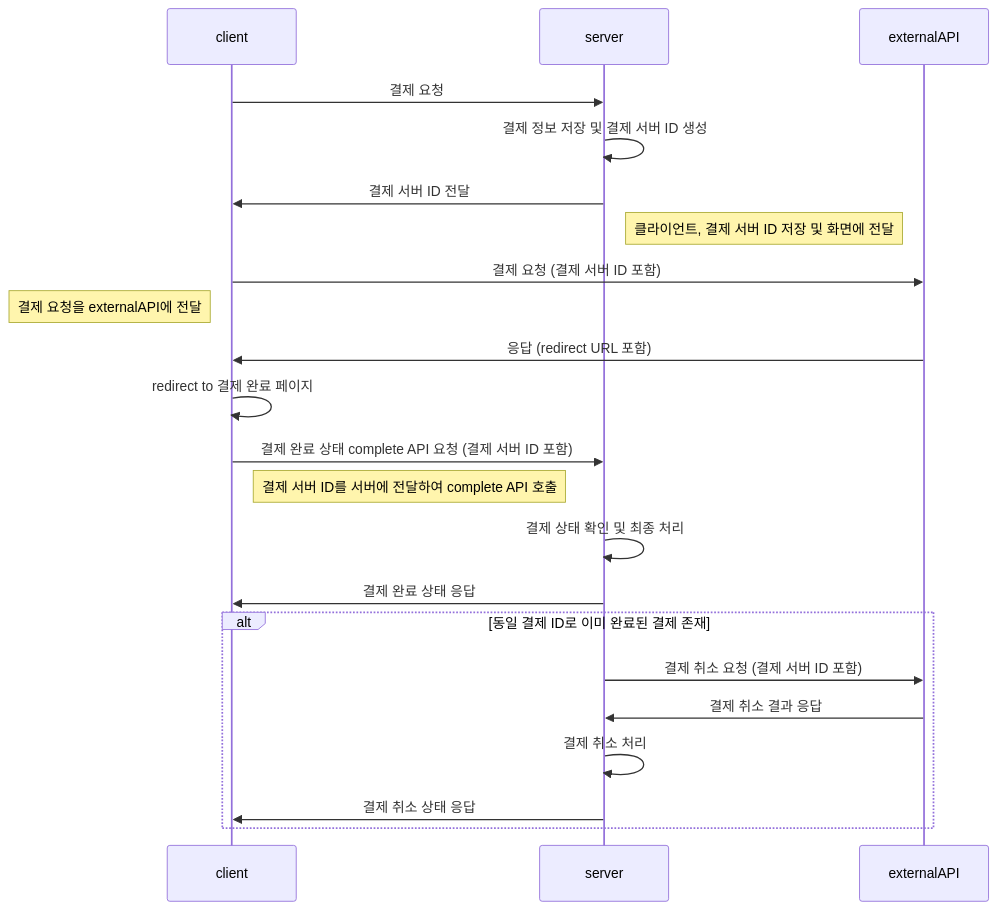
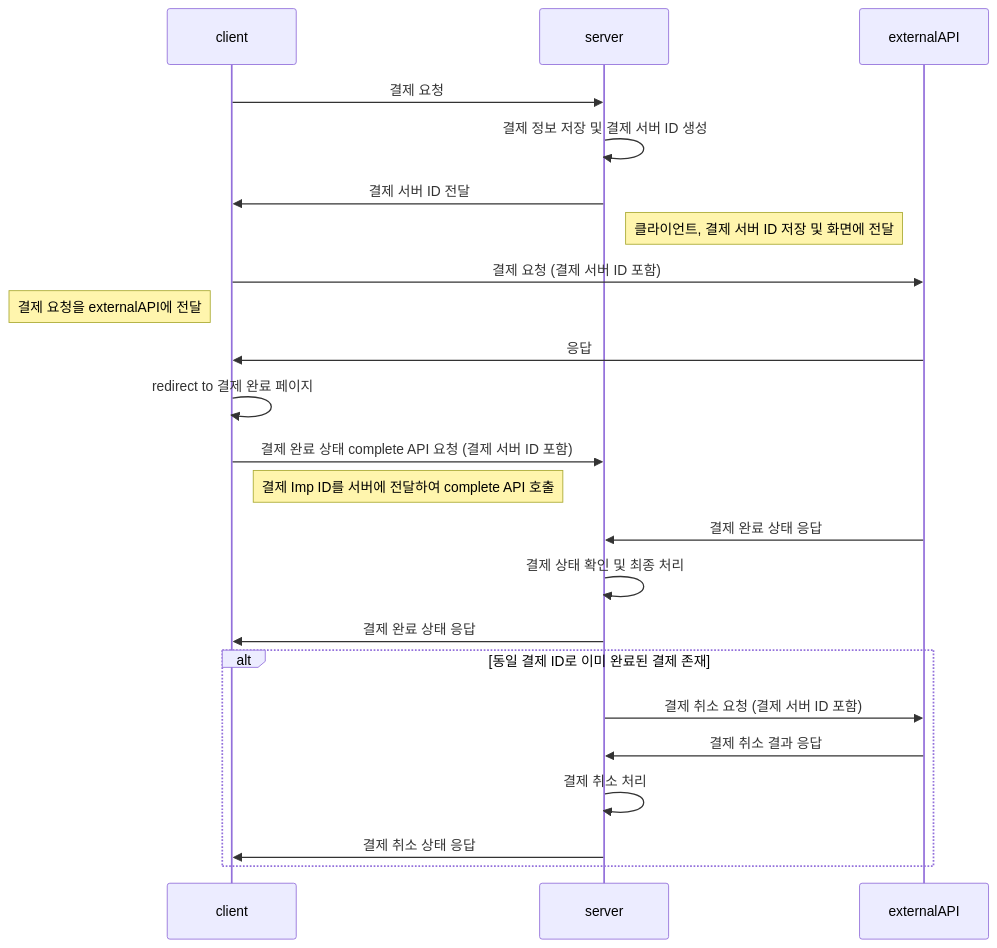
One commit to gudcks0305/payments-apply changed the diagram in ReadME.md. Above: the diagram before and after it, drawn with Mermaid. The commit also changed other lines of this file and 3 other files, not shown here.

````diff
--- a/ReadME.md
+++ b/ReadME.md
@@ -14,27 +14,28 @@
 ```mermaid
 sequenceDiagram
   participant client
   participant server
   participant externalAPI
 
   client->>server: 결제 요청
   server->>server: 결제 정보 저장 및 결제 서버 ID 생성
   server->>client: 결제 서버 ID 전달
   Note right of server: 클라이언트, 결제 서버 ID 저장 및 화면에 전달
   client->>externalAPI: 결제 요청 (결제 서버 ID 포함)
   Note left of client: 결제 요청을 externalAPI에 전달
-  externalAPI->>client: 응답 (redirect URL 포함)
+  externalAPI->>client: 응답
   client->>client: redirect to 결제 완료 페이지
   client->>server: 결제 완료 상태 complete API 요청 (결제 서버 ID 포함)
-  Note right of client: 결제 서버 ID를 서버에 전달하여 complete API 호출
+  Note right of client: 결제 Imp ID를 서버에 전달하여 complete API 호출
+  externalAPI->>server: 결제 완료 상태 응답
   server->>server: 결제 상태 확인 및 최종 처리
   server->>client: 결제 완료 상태 응답
 
   alt 동일 결제 ID로 이미 완료된 결제 존재
     server->>externalAPI: 결제 취소 요청 (결제 서버 ID 포함)
     externalAPI->>server: 결제 취소 결과 응답
     server->>server: 결제 취소 처리
     server->>client: 결제 취소 상태 응답
   end
   
 ```
````
